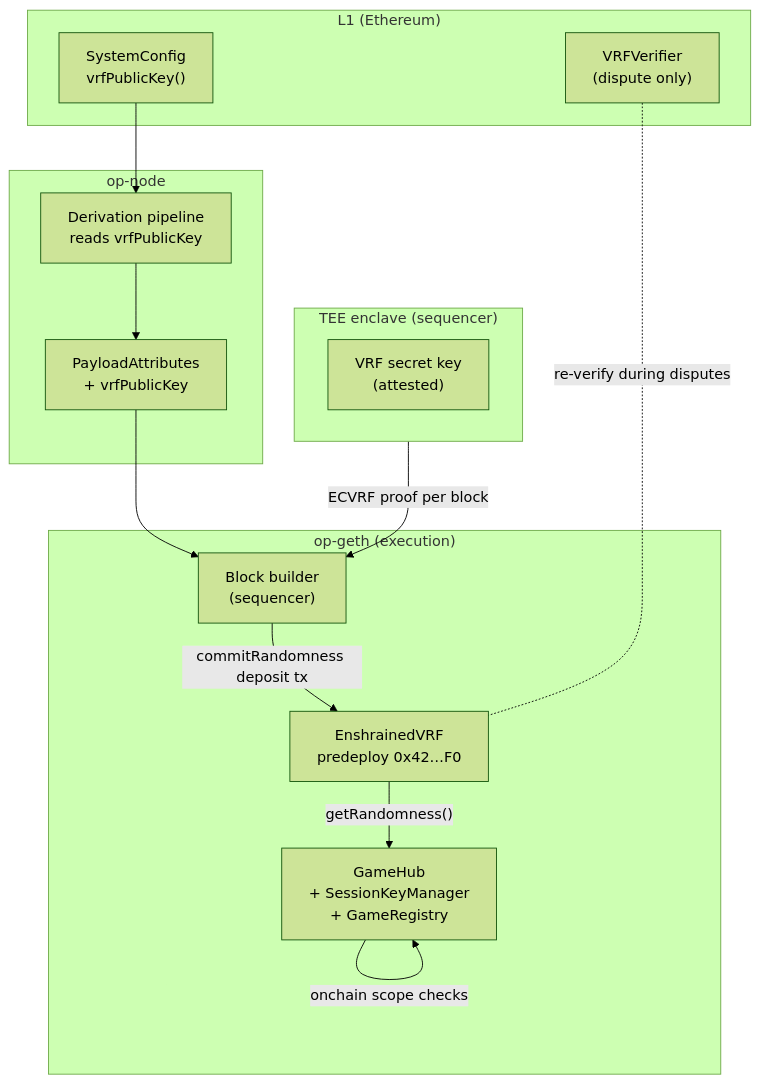
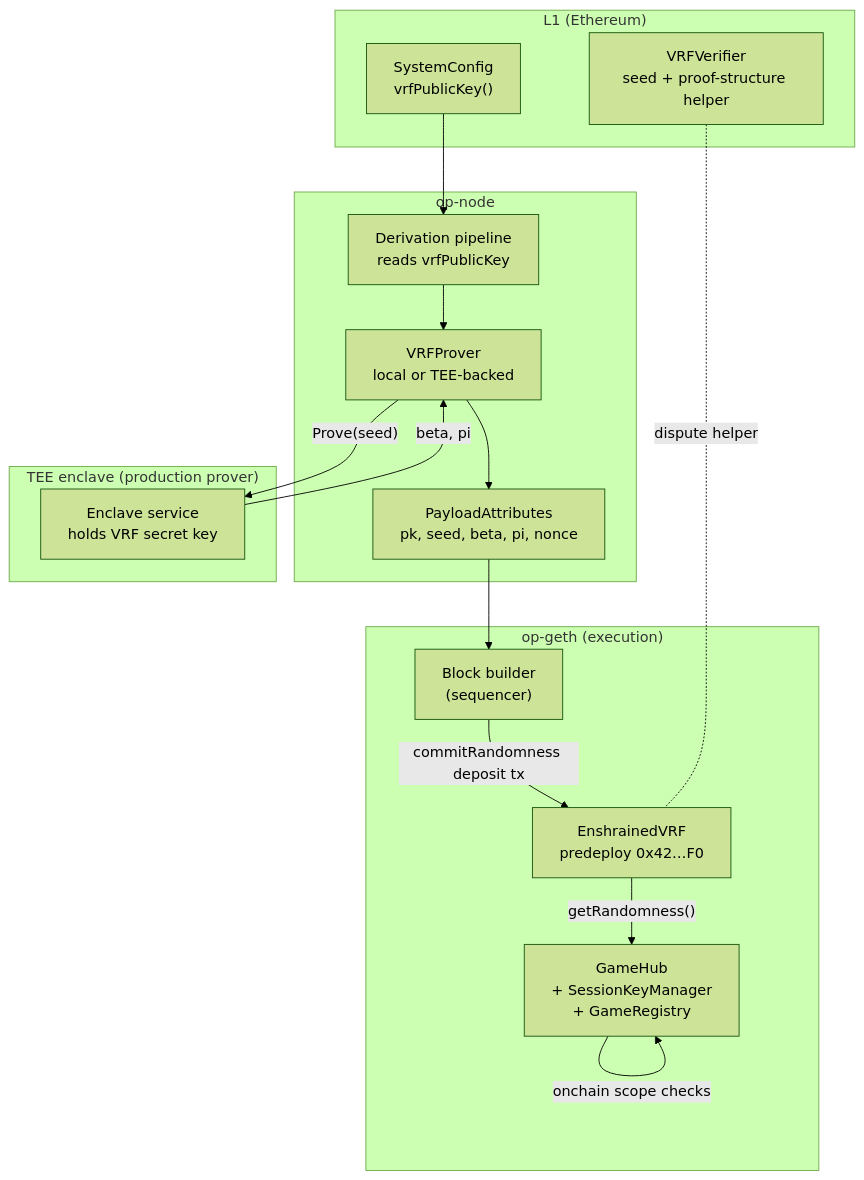
One commit to tokamak-network/enshrined-vrf changed the diagram in docs-site/architecture/overview.mdx. Above: the diagram before and after it, drawn with Mermaid (forest theme). The commit also changed other lines of this file and 9 other files, not shown here.

First line of the commit message:
docs(mintify): align VRF docs with op-node prover implementation

````diff
--- a/docs-site/architecture/overview.mdx
+++ b/docs-site/architecture/overview.mdx
@@ -10,31 +10,34 @@
 ```mermaid
 flowchart TB
   subgraph L1["L1 (Ethereum)"]
     SC["SystemConfig<br/>vrfPublicKey()"]
-    VV["VRFVerifier<br/>(dispute only)"]
+    VV["VRFVerifier<br/>seed + proof-structure helper"]
   end
 
   subgraph OPNODE["op-node"]
     DP["Derivation pipeline<br/>reads vrfPublicKey"]
-    PA["PayloadAttributes<br/>+ vrfPublicKey"]
+    PROOF["VRFProver<br/>local or TEE-backed"]
+    PA["PayloadAttributes<br/>pk, seed, beta, pi, nonce"]
   end
 
   subgraph OPGETH["op-geth (execution)"]
     BB["Block builder<br/>(sequencer)"]
     VRF["EnshrainedVRF<br/>predeploy 0x42…F0"]
     HUB["GameHub<br/>+ SessionKeyManager<br/>+ GameRegistry"]
   end
 
-  subgraph ENC["TEE enclave (sequencer)"]
-    SK["VRF secret key<br/>(attested)"]
+  subgraph ENC["TEE enclave (production prover)"]
+    SK["Enclave service<br/>holds VRF secret key"]
   end
 
   SC --> DP
-  DP --> PA
+  DP --> PROOF
+  PROOF -- "Prove(seed)" --> SK
+  SK -- "beta, pi" --> PROOF
+  PROOF --> PA
   PA --> BB
-  ENC -- "ECVRF proof per block" --> BB
   BB -- "commitRandomness deposit tx" --> VRF
   VRF -- "getRandomness()" --> HUB
   HUB -- "onchain scope checks" --> HUB
-  VV -. "re-verify during disputes" .- VRF
+  VV -. "dispute helper" .- VRF
 ```
````
